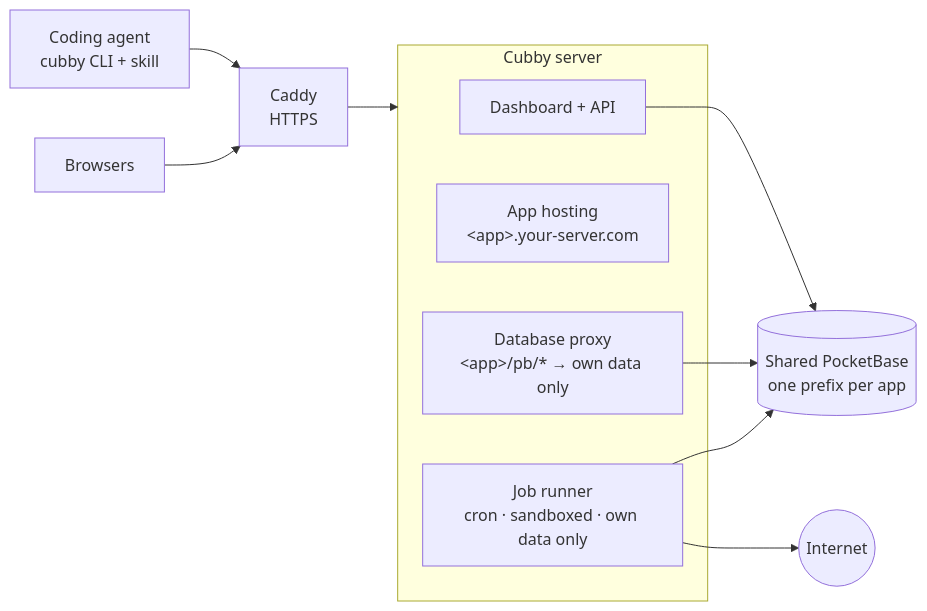
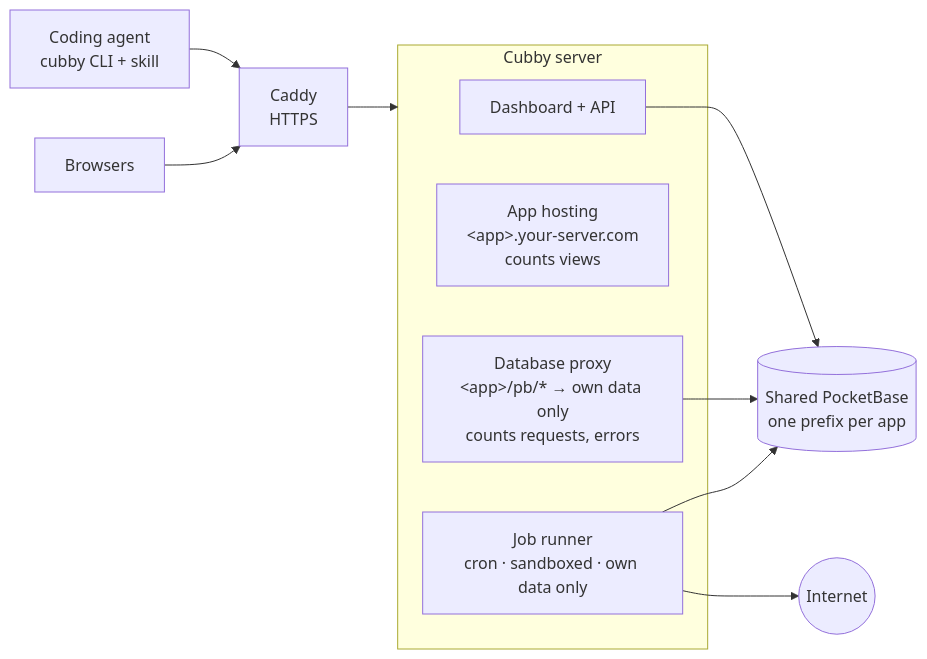
One commit to chaitanyadukkipaty/cubby changed the third of 3 diagrams in README.md. Above: the diagram before and after it, drawn with Mermaid. The commit also changed other lines of this file and 77 other files, not shown here.

````diff
--- a/README.md
+++ b/README.md
@@ -264,16 +315,16 @@
 ```mermaid
 flowchart LR
     A[Coding agent<br/>cubby CLI + skill] --> C[Caddy<br/>HTTPS]
     B[Browsers] --> C
     C --> S
     subgraph S[Cubby server]
       D[Dashboard + API]
-      H["App hosting<br/>&lt;app&gt;.your-server.com"]
-      P["Database proxy<br/>&lt;app&gt;/pb/* → own data only"]
+      H["App hosting<br/>&lt;app&gt;.your-server.com<br/>counts views"]
+      P["Database proxy<br/>&lt;app&gt;/pb/* → own data only<br/>counts requests, errors"]
       J["Job runner<br/>cron · sandboxed · own data only"]
     end
     P --> DB[(Shared PocketBase<br/>one prefix per app)]
     J --> DB
     J --> I((Internet))
     D --> DB
 ```
````
